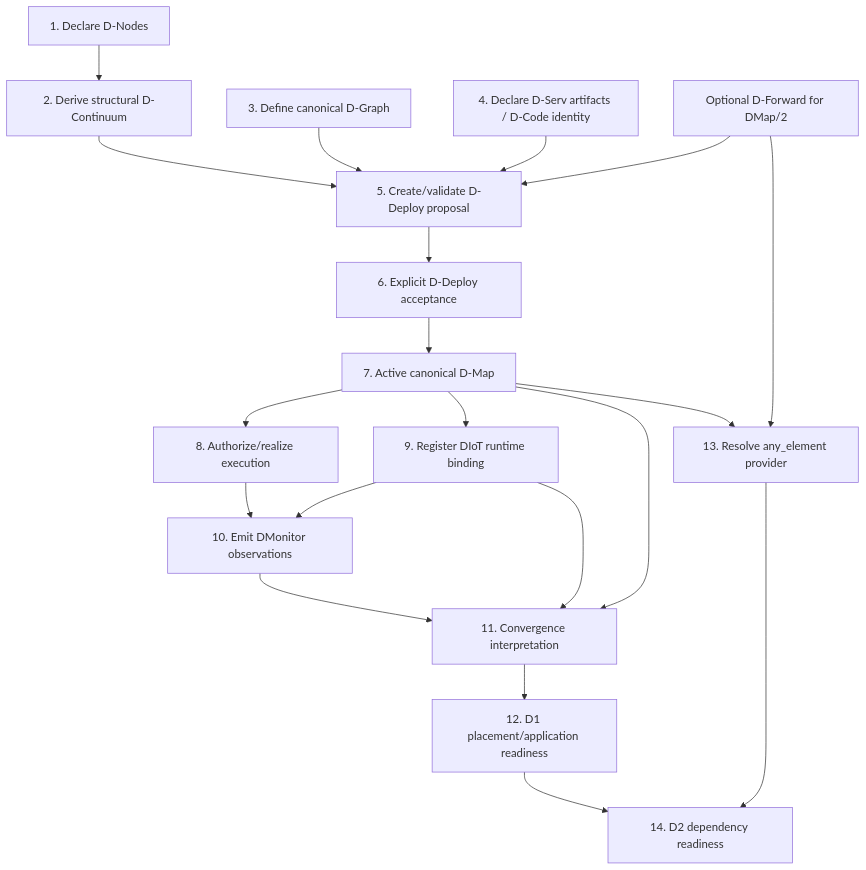
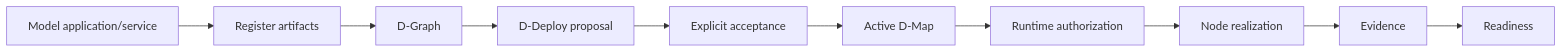
One commit to dnredson/datum-docs changed the first of 2 diagrams in docs/architecture/lifecycle.md. Above: the diagram before and after it, drawn with Mermaid. The commit also changed other lines of this file, not shown here.

````diff
--- a/docs/architecture/lifecycle.md
+++ b/docs/architecture/lifecycle.md
@@ -7,22 +7,12 @@
 ```mermaid
-flowchart TD
-    N["1. Declare D-Nodes"] --> C["2. Derive structural D-Continuum"]
-    G["3. Define canonical D-Graph"] --> P["5. Create/validate D-Deploy proposal"]
-    A["4. Declare D-Serv artifacts / D-Code identity"] --> P
-    C --> P
-    F["Optional D-Forward for DMap/2"] --> P
-    P --> X["6. Explicit D-Deploy acceptance"]
-    X --> M["7. Active canonical D-Map"]
-    M --> E["8. Authorize/realize execution"]
-    M --> B["9. Register DIoT runtime binding"]
-    E --> O["10. Emit DMonitor observations"]
-    B --> O
-    M --> I["11. Convergence interpretation"]
-    B --> I
-    O --> I
-    I --> R["12. D1 placement/application readiness"]
-    M --> Q["13. Resolve any_element provider"]
-    F --> Q
-    Q --> D["14. D2 dependency readiness"]
-    R --> D
+flowchart LR
+    MODEL["Model application/service"] --> ART["Register artifacts"]
+    ART --> GRAPH["D-Graph"]
+    GRAPH --> PLAN["D-Deploy proposal"]
+    PLAN --> ACCEPT["Explicit acceptance"]
+    ACCEPT --> MAP["Active D-Map"]
+    MAP --> AUTH["Runtime authorization"]
+    AUTH --> REAL["Node realization"]
+    REAL --> OBS["Evidence"]
+    OBS --> READY["Readiness"]
 ```
````
